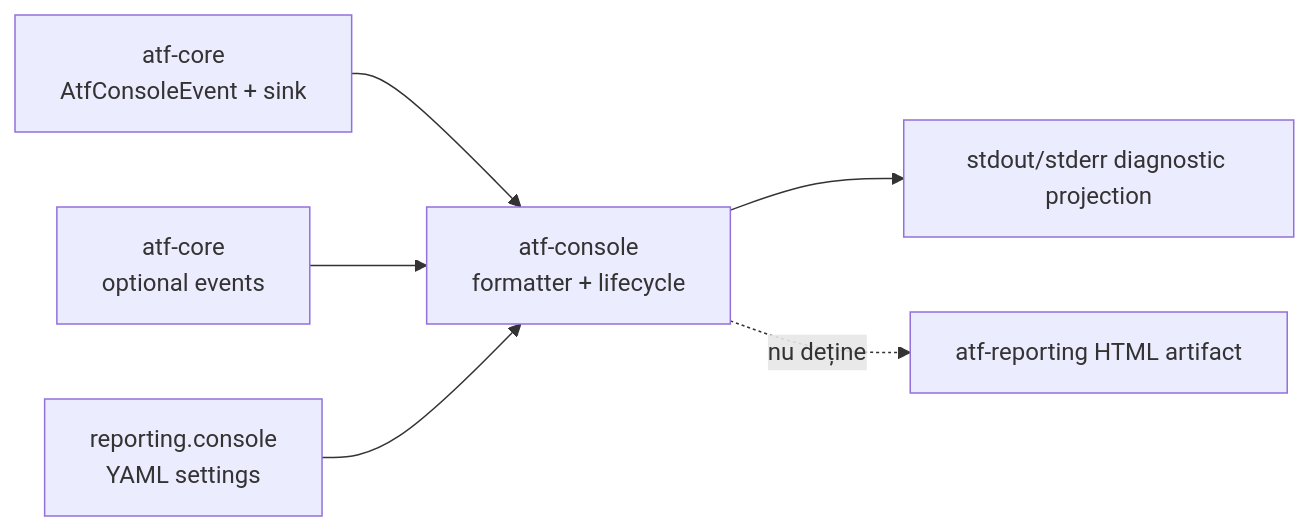
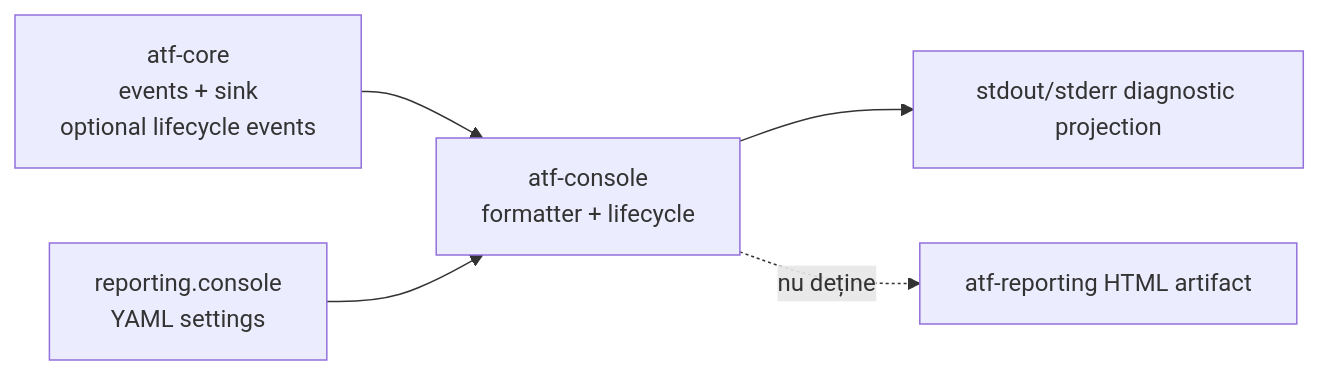
The diagram in atf-console/README.md (crististefanita/demo2), drawn with Mermaid before and after one commit. The commit also changed 107 other files, not shown here.

````diff
--- a/atf-console/README.md
+++ b/atf-console/README.md
@@ -17,8 +17,7 @@
 ```mermaid
 flowchart LR
-    Core[atf-core<br/>AtfConsoleEvent + sink] --> Console[atf-console<br/>formatter + lifecycle]
-    CoreEvents[atf-core<br/>optional events] --> Console
+    Core[atf-core<br/>events + sink<br/>optional lifecycle events] --> Console[atf-console<br/>formatter + lifecycle]
     Config[reporting.console<br/>YAML settings] --> Console
     Console --> Output[stdout/stderr diagnostic projection]
     Console -. nu deține .-> Reporting[atf-reporting HTML artifact]
 ```
````
